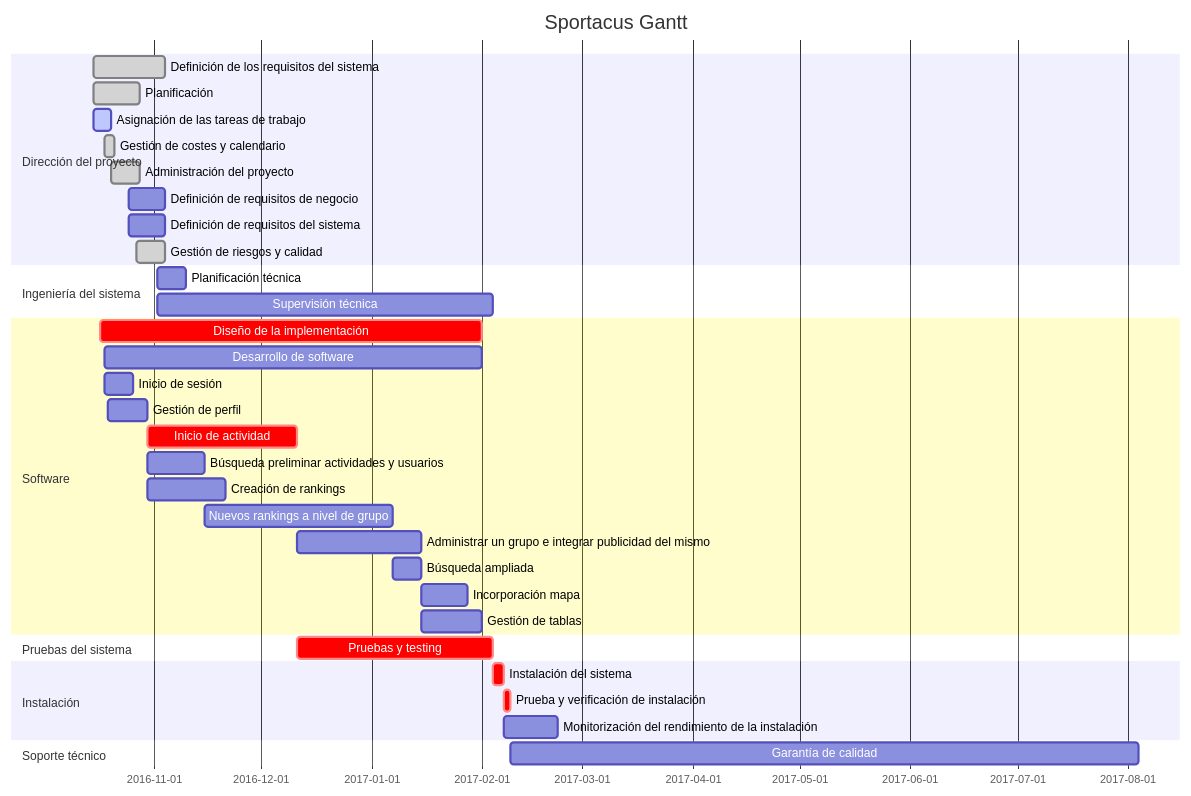
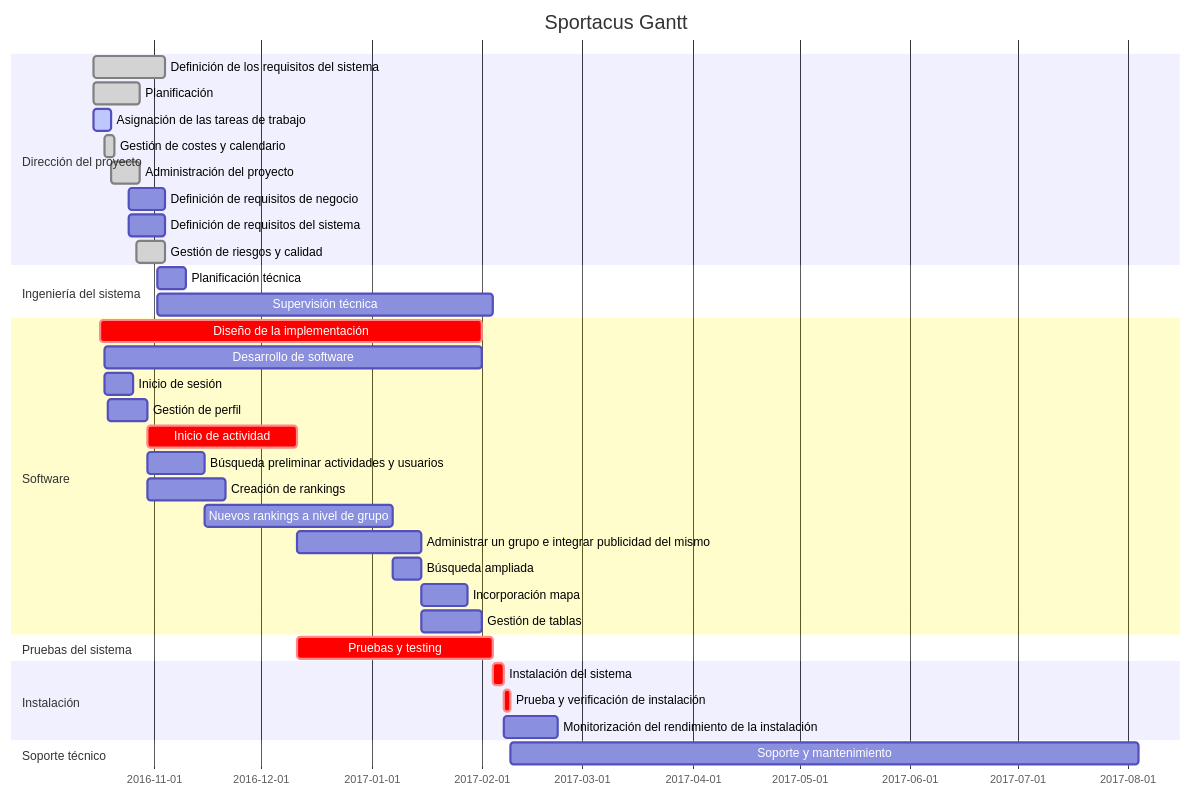
One commit to rodcrespo/dgp1617 changed the diagram in 2_2_project_charter/gantt.md. Above: the diagram before and after it, drawn with Mermaid.

````diff
--- a/2_2_project_charter/gantt.md
+++ b/2_2_project_charter/gantt.md
@@ -1,57 +1,57 @@
 ```{.mermaid width=10000}
 gantt
     dateFormat  YYYY-MM-DD
     title Sportacus Gantt
 
     section Dirección del proyecto
 
     Definición de los requisitos del sistema  :done, m1, 2016-10-15, 2016-11-04
     Planificación :done, m1_1, 2016-10-15, 2016-10-28
     Asignación de las tareas de trabajo :active, m2, 2016-10-15, 2016-10-20
     Gestión de costes y calendario :done, m1_2, 2016-10-18, 2016-10-21
     Administración del proyecto :done, m1_3, 2016-10-20, 2016-10-28    
     Definición de requisitos de negocio : m1_5, 2016-10-25, 2016-11-04
     Definición de requisitos del sistema  : m3_1, 2016-10-25, 2016-11-04
     Gestión de riesgos y calidad :done, m1_4, 2016-10-27, 2016-11-04
 
 
 
 
     section Ingeniería del sistema
 
     Planificación técnica : m3, 2016-11-02, 2016-11-10
     Supervisión técnica : m4, 2016-11-02, 2017-02-04
 
     section Software
 
     Diseño de la implementación :crit, m5, 2016-10-17, 2017-02-01
     Desarrollo de software : m6, 2016-10-18, 2017-02-01
     Inicio de sesión  : m6_1, 2016-10-18, 2016-10-26
     Gestión de perfil : m6_2, 2016-10-19, 2016-10-30
     Inicio de actividad :crit, m6_3, after m6_2, 2016-12-11
     Búsqueda preliminar actividades y usuarios  : m6_5, after m6_2, 2016-11-15
     Creación de rankings  : m6_4, after m6_2, 2016-11-21
     Nuevos rankings a nivel de grupo  : m6_7, after m6_5, 2017-01-07
     Administrar un grupo e integrar publicidad del mismo  : m6_6, after m6_3, 2017-01-15
     Búsqueda ampliada : m6_8, after m6_7, 2017-01-15
     Incorporación mapa  :crit m6_9, after m6_8, 2017-01-28
     Gestión de tablas : m6_10, after m6_8, 2017-02-01
 
 
     section Pruebas del sistema
 
     Pruebas y testing :crit, m7, after m6_3, 2017-02-04
 
 
     section Instalación
 
     Instalación del sistema :crit, m8, after m7, 2017-02-07
     Prueba y verificación de instalación  :crit, m9, after m8, 2017-02-09
     Monitorización del rendimiento de la instalación  : m10, after m8, 2017-02-22
 
 
     section Soporte técnico
 
-    Garantía de calidad : m11, after m9, 2017-08-04
+    Soporte y mantenimiento : m11, after m9, 2017-08-04
 
 ```
````
